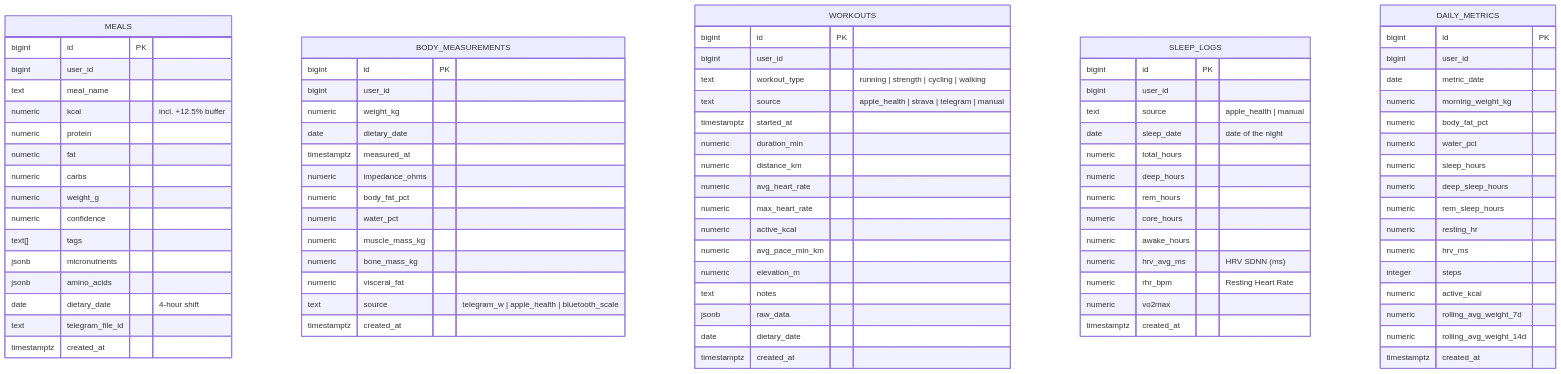
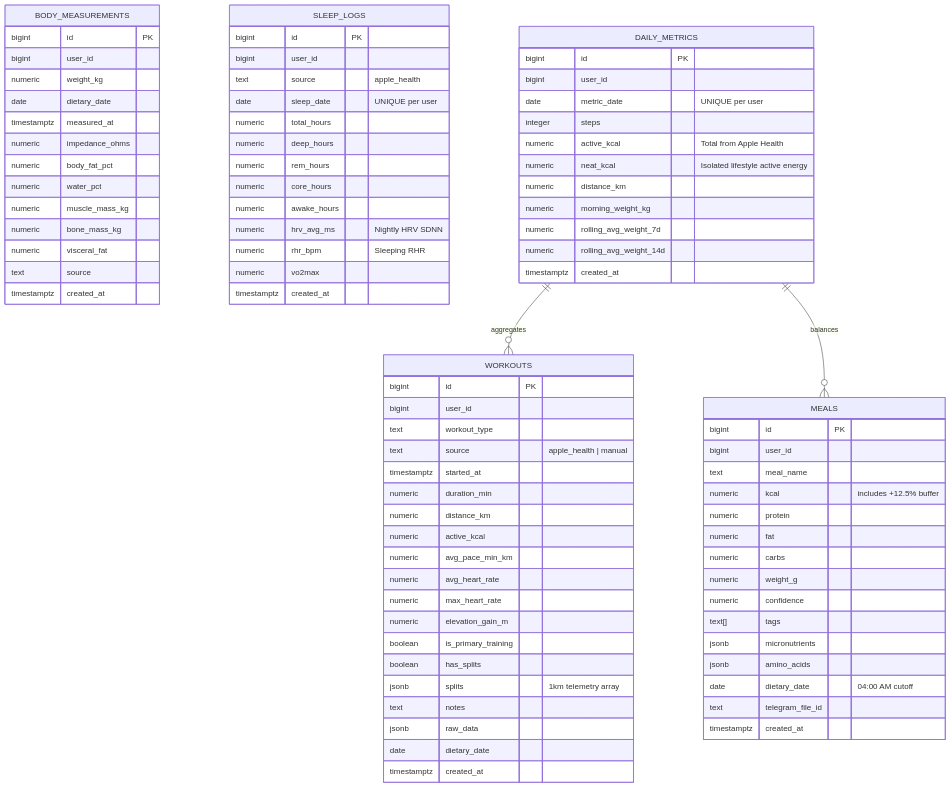
Before and after one commit to skycherepanya/calories-bot-mvp: the diagram in docs/DATABASE.md, drawn with Mermaid. The commit also changed other lines of this file and 8 other files, not shown here.

Commit message:
refactor(arch): pivot to Lifecore 2.0 native iOS-first architecture and deprecate dual telegram bot

````diff
--- a/docs/DATABASE.md
+++ b/docs/DATABASE.md
@@ -12,7 +28,7 @@
         bigint id PK
         bigint user_id
         text meal_name
-        numeric kcal "incl. +12.5% buffer"
+        numeric kcal "includes +12.5% buffer"
         numeric protein
         numeric fat
         numeric carbs
@@ -21,7 +37,7 @@
         text[] tags
         jsonb micronutrients
         jsonb amino_acids
-        date dietary_date "4-hour shift"
+        date dietary_date "04:00 AM cutoff"
         text telegram_file_id
         timestamptz created_at
     }
@@ -38,23 +54,26 @@
         numeric muscle_mass_kg
         numeric bone_mass_kg
         numeric visceral_fat
-        text source "telegram_w | apple_health | bluetooth_scale"
+        text source
         timestamptz created_at
     }
 
     WORKOUTS {
         bigint id PK
         bigint user_id
-        text workout_type "running | strength | cycling | walking"
-        text source "apple_health | strava | telegram | manual"
+        text workout_type
+        text source "apple_health | manual"
         timestamptz started_at
         numeric duration_min
         numeric distance_km
+        numeric active_kcal
+        numeric avg_pace_min_km
         numeric avg_heart_rate
         numeric max_heart_rate
-        numeric active_kcal
-        numeric avg_pace_min_km
-        numeric elevation_m
+        numeric elevation_gain_m
+        boolean is_primary_training
+        boolean has_splits
+        jsonb splits "1km telemetry array"
         text notes
         jsonb raw_data
         date dietary_date
@@ -64,15 +83,15 @@
     SLEEP_LOGS {
         bigint id PK
         bigint user_id
-        text source "apple_health | manual"
-        date sleep_date "date of the night"
+        text source "apple_health"
+        date sleep_date "UNIQUE per user"
         numeric total_hours
         numeric deep_hours
         numeric rem_hours
         numeric core_hours
         numeric awake_hours
-        numeric hrv_avg_ms "HRV SDNN (ms)"
-        numeric rhr_bpm "Resting Heart Rate"
+        numeric hrv_avg_ms "Nightly HRV SDNN"
+        numeric rhr_bpm "Sleeping RHR"
         numeric vo2max
         timestamptz created_at
     }
@@ -80,19 +99,17 @@
     DAILY_METRICS {
         bigint id PK
         bigint user_id
-        date metric_date
+        date metric_date "UNIQUE per user"
+        integer steps
+        numeric active_kcal "Total from Apple Health"
+        numeric neat_kcal "Isolated lifestyle active energy"
+        numeric distance_km
         numeric morning_weight_kg
-        numeric body_fat_pct
-        numeric water_pct
-        numeric sleep_hours
-        numeric deep_sleep_hours
-        numeric rem_sleep_hours
-        numeric resting_hr
-        numeric hrv_ms
-        integer steps
-        numeric active_kcal
         numeric rolling_avg_weight_7d
         numeric rolling_avg_weight_14d
         timestamptz created_at
     }
+
+    DAILY_METRICS ||--o{ WORKOUTS : "aggregates"
+    DAILY_METRICS ||--o{ MEALS : "balances"
 ```
````
